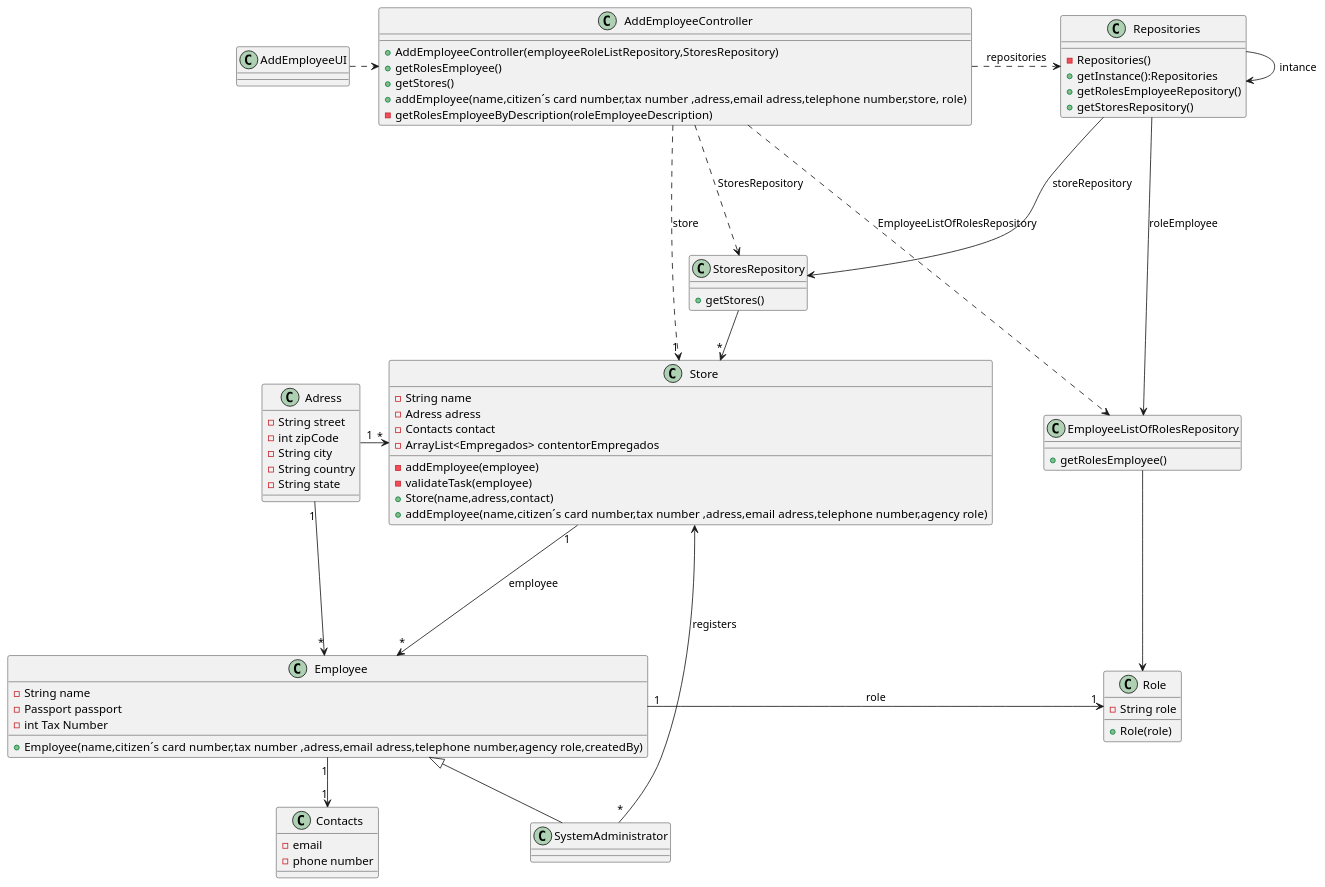
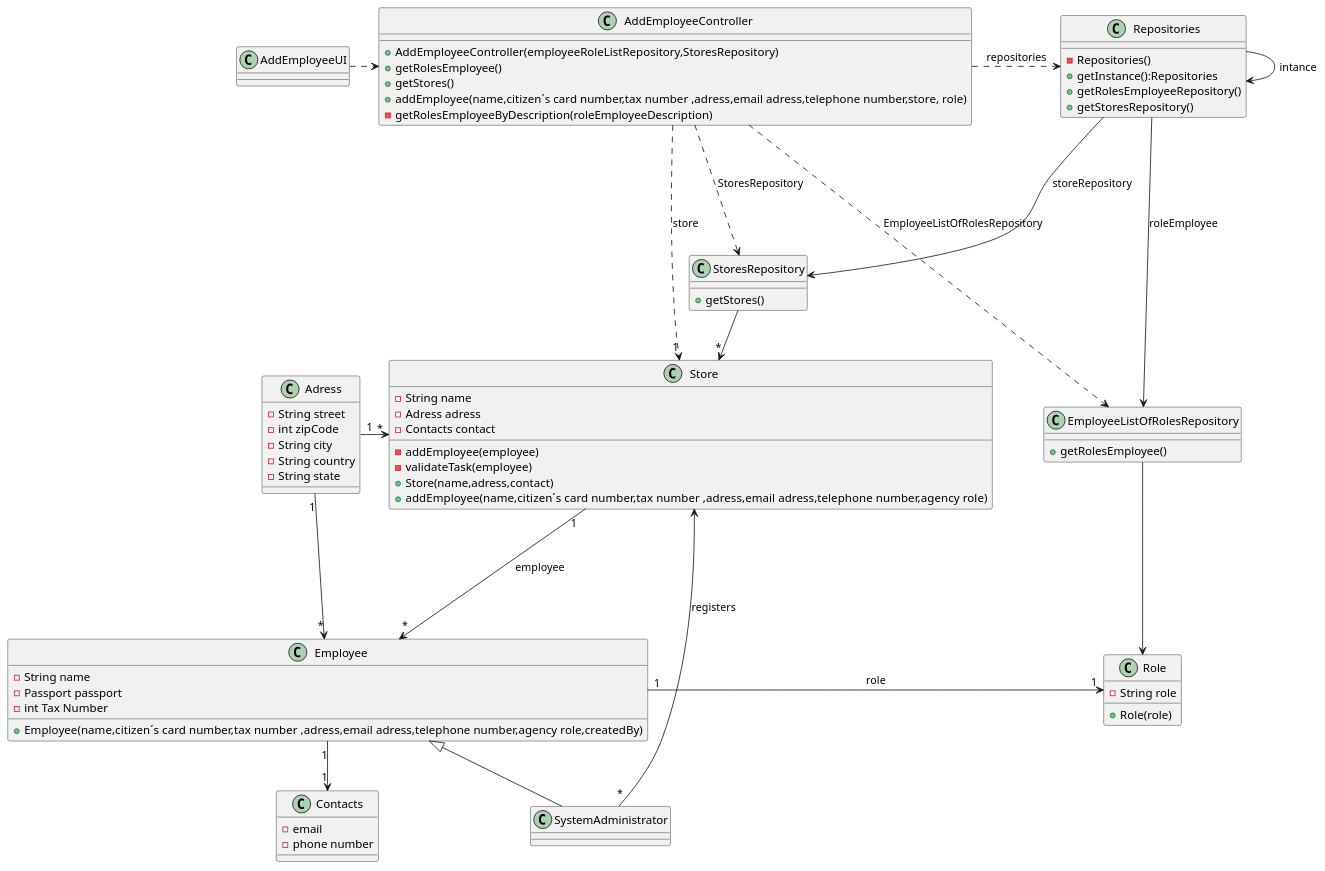
The diagram in docs/sprintB/US03/03.design/puml/us01-class-diagram.puml (PureNimble/ISEP-LAPR2), drawn with PlantUML before and after one commit.

Commit message:
US03-Adding Class Diagram on sprint B design

```diff
--- a/docs/sprintB/US03/03.design/puml/us01-class-diagram.puml
+++ b/docs/sprintB/US03/03.design/puml/us01-class-diagram.puml
@@ -1,132 +1,131 @@
 @startuml
 
 
 'https://plantuml.com/class-diagram
 
 class AddEmployeeUI
 
 class Adress
 
 class Contacts
 
 class AddEmployeeController
 
 class Repositories
 
 class Employee
 
 class Store
 
 class Role
 
 class SystemAdministrator
 
 class StoresRepository
 
 class EmployeeListOfRolesRepository
 
 
 class Adress{
 -String street
 -int zipCode
 -String city
 -String country
 -String state
 }
 
 
 class Contacts{
 -email
 -phone number
 }
 
 class Role{
 -String role
 +Role(role)
 }
 
 class SystemAdministrator{
 }
 
 class Employee{
 -String name
 -Passport passport
 -int Tax Number
 +Employee(name,citizen´s card number,tax number ,adress,email adress,telephone number,agency  role,createdBy)
 }
 
 class StoresRepository{
 +getStores()
 
 }
 
 class EmployeeListOfRolesRepository{
 +getRolesEmployee()
 
 }
 
 class AddEmployeeUI{
 }
 
 class AddEmployeeController{
 +AddEmployeeController(employeeRoleListRepository,StoresRepository)
 +getRolesEmployee()
 +getStores()
 +addEmployee(name,citizen´s card number,tax number ,adress,email adress,telephone number,store, role)
 -getRolesEmployeeByDescription(roleEmployeeDescription)
 }
 
 class Repositories{
 -Repositories()
 +getInstance():Repositories
 +getRolesEmployeeRepository()
 +getStoresRepository()
 }
 
 class Store{
 -String name
 -Adress adress
 -Contacts contact
--ArrayList<Empregados> contentorEmpregados
 -addEmployee(employee)
 -validateTask(employee)
 +Store(name,adress,contact)
 +addEmployee(name,citizen´s card number,tax number ,adress,email adress,telephone number,agency  role)
 }
 
 
 AddEmployeeUI .> AddEmployeeController
 
 AddEmployeeController ..> "1" Store : store
 
 AddEmployeeController ...> EmployeeListOfRolesRepository :EmployeeListOfRolesRepository
 
 AddEmployeeController ..> StoresRepository : StoresRepository
 
 Store "1" ---> "*" Employee : employee
 
 Repositories -> Repositories:intance
 
 Repositories ---> StoresRepository: storeRepository
 
 Repositories ----> EmployeeListOfRolesRepository:roleEmployee
 
 AddEmployeeController .>  Repositories : repositories
 
 StoresRepository --> "*" Store
 
 Employee <|-- SystemAdministrator
 
 Store <- "*" SystemAdministrator : registers
 
 EmployeeListOfRolesRepository ---> Role
 
 Employee "1" -> "1" Role : role
 
 Employee "1" --> "1" Contacts
 
 Adress "1" -> "*"  Store
 
 Adress "1" --> "*" Employee
 
 @enduml
```
